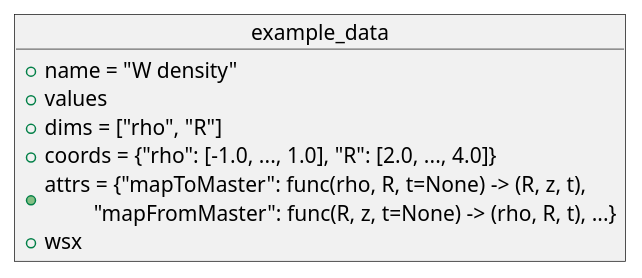
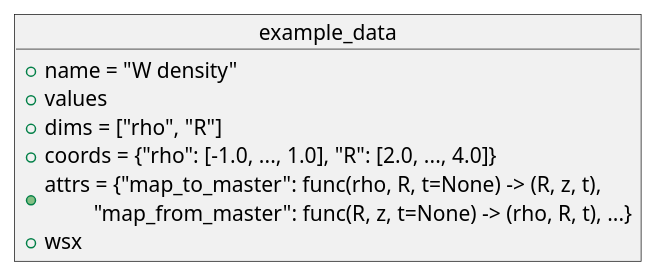
One commit to indica-mcf/Indica changed the second of 6 diagrams in doc/design.rst. Above: the diagram before and after it, drawn with PlantUML. The commit also changed other lines of this file and 2 other files, not shown here.

```diff
--- a/doc/design.rst
+++ b/doc/design.rst
@@ -107,10 +107,10 @@
 .. uml::
 
    object example_data {
    + name = "W density"
    + values
    + dims = ["rho", "R"]
    + coords = {"rho": [-1.0, ..., 1.0], "R": [2.0, ..., 4.0]}
-   + attrs = {"mapToMaster": func(rho, R, t=None) -> (R, z, t),\n\t "mapFromMaster": func(R, z, t=None) -> (rho, R, t), ...}
+   + attrs = {"map_to_master": func(rho, R, t=None) -> (R, z, t),\n\t "map_from_master": func(R, z, t=None) -> (rho, R, t), ...}
    + wsx
    }
```
